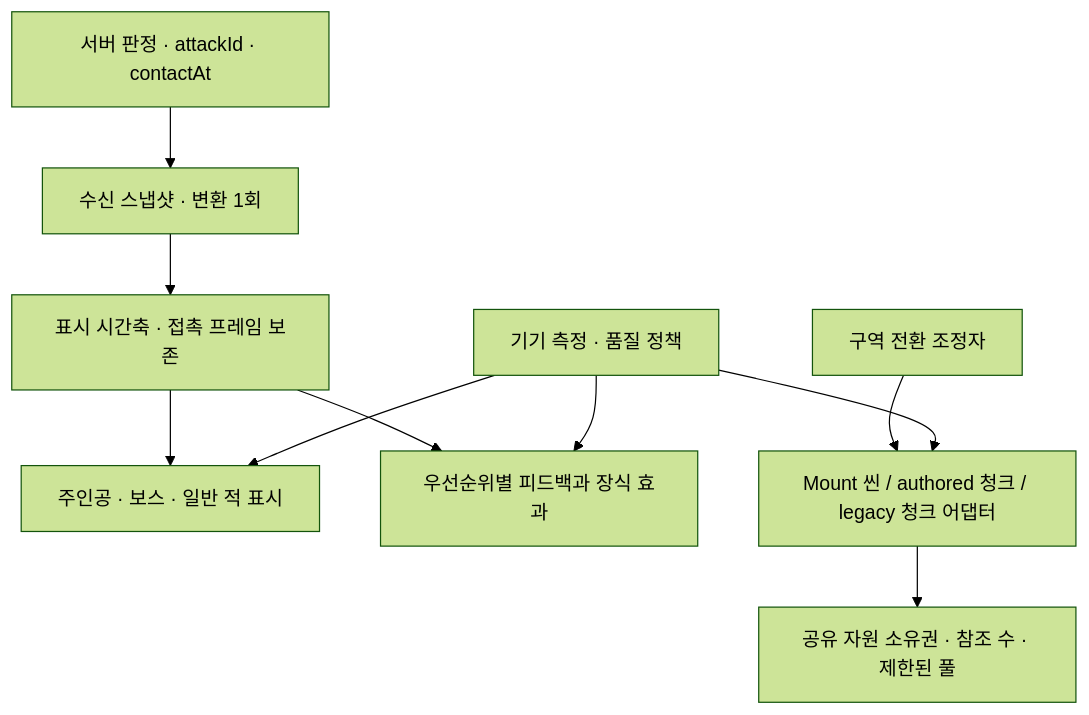
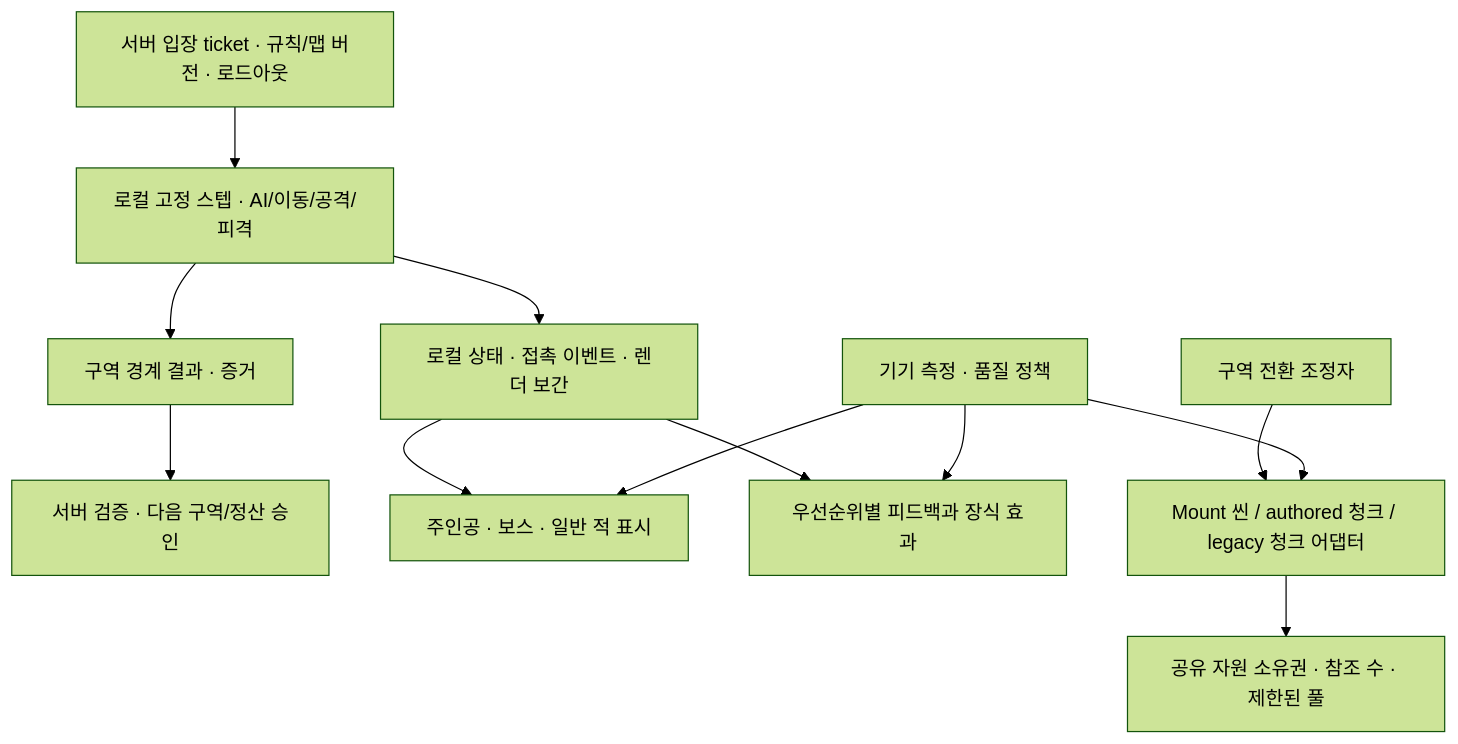
The diagram in docs/unity/PERFORMANCE_ARCHITECTURE_20261109_KO.md (mist2finer-spec/holdem_coin), drawn with Mermaid (forest theme) before and after one commit. The commit also changed other lines of this file and 7 other files, not shown here.

````diff
--- a/docs/unity/PERFORMANCE_ARCHITECTURE_20261109_KO.md
+++ b/docs/unity/PERFORMANCE_ARCHITECTURE_20261109_KO.md
@@ -61,12 +64,14 @@
 ```mermaid
 flowchart TD
-  S[서버 판정 · attackId · contactAt] --> N[수신 스냅샷 · 변환 1회]
-  N --> P[표시 시간축 · 접촉 프레임 보존]
+  S[서버 입장 ticket · 규칙/맵 버전 · 로드아웃] --> N[로컬 고정 스텝 · AI/이동/공격/피격]
+  N --> P[로컬 상태 · 접촉 이벤트 · 렌더 보간]
+  N --> B[구역 경계 결과 · 증거]
+  B --> C[서버 검증 · 다음 구역/정산 승인]
   P --> A[주인공 · 보스 · 일반 적 표시]
   P --> F[우선순위별 피드백과 장식 효과]
   Z[구역 전환 조정자] --> E[Mount 씬 / authored 청크 / legacy 청크 어댑터]
   E --> R[공유 자원 소유권 · 참조 수 · 제한된 풀]
   Q[기기 측정 · 품질 정책] --> A
   Q --> F
   Q --> E
 ```
````
